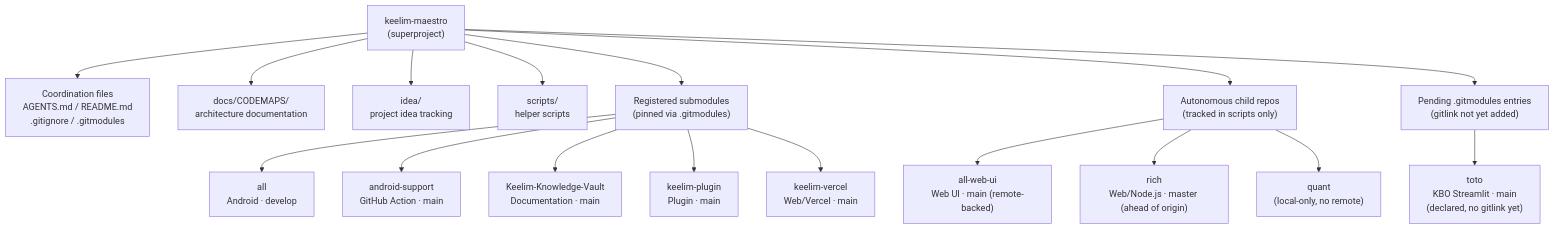
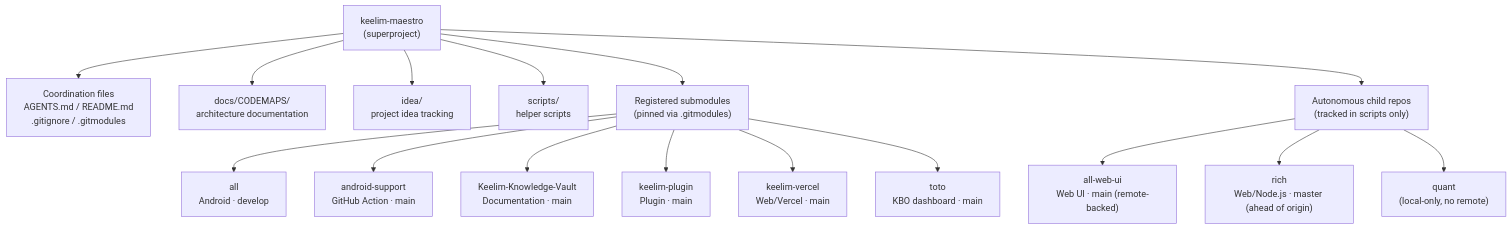
The diagram in docs/CODEMAPS/WORKSPACE.md (keelim/keelim-maestro), drawn with Mermaid before and after one commit. The commit also changed other lines of this file and 10 other files, not shown here.

````diff
--- a/docs/CODEMAPS/WORKSPACE.md
+++ b/docs/CODEMAPS/WORKSPACE.md
@@ -12,25 +12,22 @@
 ```mermaid
 flowchart TB
     root["keelim-maestro\n(superproject)"]
 
     root --> coord["Coordination files\nAGENTS.md / README.md\n.gitignore / .gitmodules"]
     root --> docs["docs/CODEMAPS/\narchitecture documentation"]
     root --> idea["idea/\nproject idea tracking"]
     root --> scripts["scripts/\nhelper scripts"]
     root --> submodules["Registered submodules\n(pinned via .gitmodules)"]
     root --> autonomous["Autonomous child repos\n(tracked in scripts only)"]
 
     submodules --> all["all\nAndroid · develop"]
     submodules --> android["android-support\nGitHub Action · main"]
     submodules --> vault["Keelim-Knowledge-Vault\nDocumentation · main"]
     submodules --> plugin["keelim-plugin\nPlugin · main"]
     submodules --> vercel["keelim-vercel\nWeb/Vercel · main"]
-
-    orphaned["Pending .gitmodules entries\n(gitlink not yet added)"]
-    root --> orphaned
-    orphaned --> toto["toto\nKBO Streamlit · main\n(declared, no gitlink yet)"]
+    submodules --> toto["toto\nKBO dashboard · main"]
 
     autonomous --> webui["all-web-ui\nWeb UI · main (remote-backed)"]
     autonomous --> rich["rich\nWeb/Node.js · master (ahead of origin)"]
     autonomous --> quant["quant\n(local-only, no remote)"]
 ```
````
